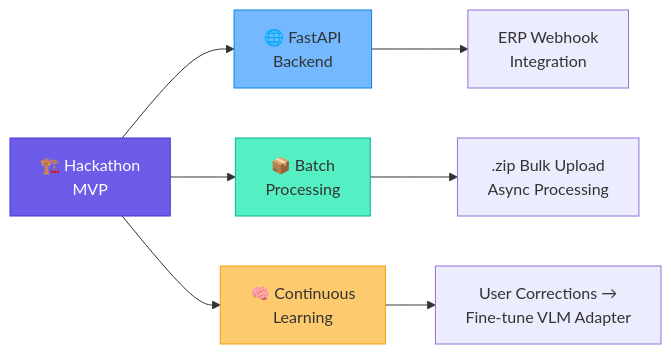
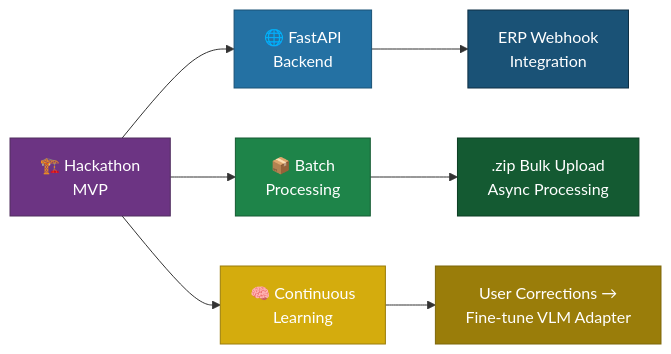
Before and after one commit to KJCREATOR/VYOMEXTRACT: diagram 11 of 12 in README.md, drawn with Mermaid. The commit also changed other lines of this file, not shown here.

````diff
--- a/README.md
+++ b/README.md
@@ -512,15 +515,18 @@
 ```mermaid
 graph LR
     NOW["🏗️ Hackathon<br/>MVP"] --> F1["🌐 FastAPI<br/>Backend"]
     NOW --> F2["📦 Batch<br/>Processing"]
     NOW --> F3["🧠 Continuous<br/>Learning"]
 
     F1 --> F1A["ERP Webhook<br/>Integration"]
     F2 --> F2A[".zip Bulk Upload<br/>Async Processing"]
     F3 --> F3A["User Corrections →<br/>Fine-tune VLM Adapter"]
 
-    style NOW fill:#6c5ce7,stroke:#4834d4,color:#fff
-    style F1 fill:#74b9ff,stroke:#0984e3
-    style F2 fill:#55efc4,stroke:#00b894
-    style F3 fill:#fdcb6e,stroke:#f39c12
+    style NOW fill:#6c3483,stroke:#512e5f,color:#fff
+    style F1 fill:#2471a3,stroke:#1a5276,color:#fff
+    style F2 fill:#1e8449,stroke:#145a32,color:#fff
+    style F3 fill:#d4ac0d,stroke:#9a7d0a,color:#fff
+    style F1A fill:#1a5276,stroke:#0e2f44,color:#fff
+    style F2A fill:#145a32,stroke:#0b3d22,color:#fff
+    style F3A fill:#9a7d0a,stroke:#7d6608,color:#fff
 ```
````
